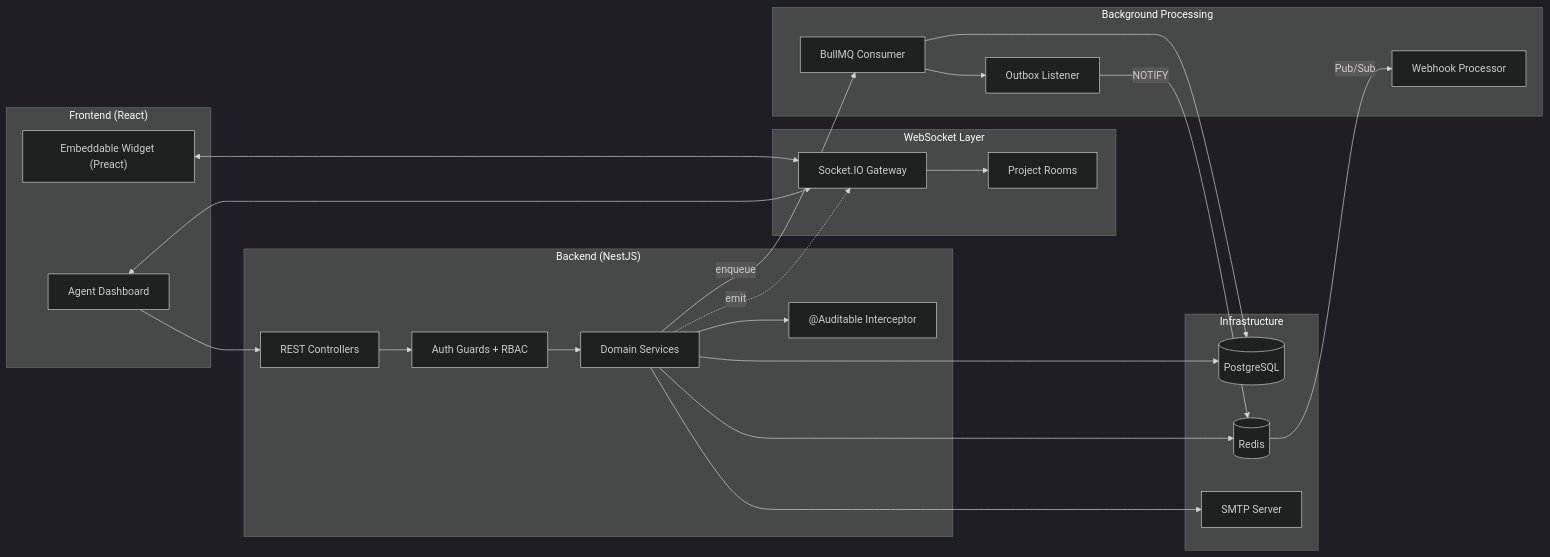
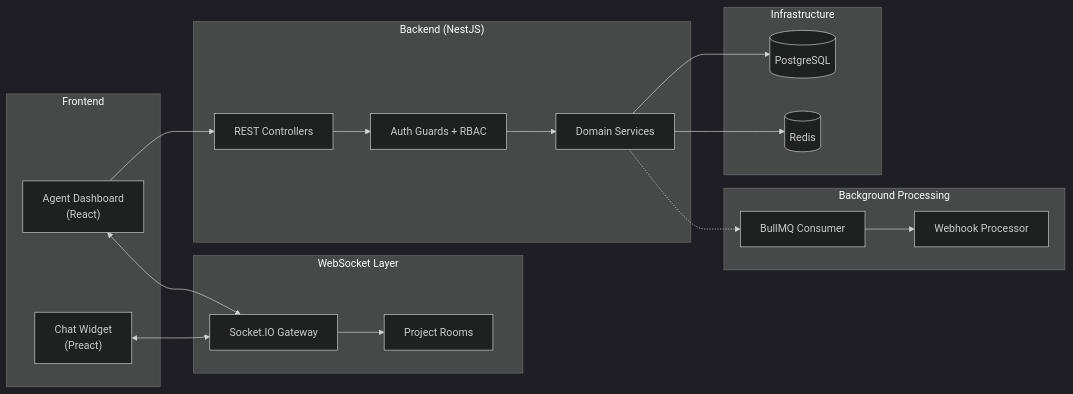
One commit to doananhhung/livechat changed the first of 6 diagrams in presentation/pages/hung.md. Above: the diagram before and after it, drawn with Mermaid (dark theme). The commit also changed other lines of this file and 2 other files, not shown here.

Commit message:
feat(presentation): update layout components for better diagram display

````diff
--- a/presentation/pages/hung.md
+++ b/presentation/pages/hung.md
@@ -7,39 +47,38 @@
 ```mermaid
 flowchart LR
- subgraph Frontend["Frontend (React)"]
-        Dashboard["Agent Dashboard"]
-        Widget["Embeddable Widget (Preact)"]
-  end
- subgraph Gateway["WebSocket Layer"]
+    subgraph Frontend["Frontend"]
+        Dashboard["Agent Dashboard<br/>(React)"]
+        Widget["Chat Widget<br/>(Preact)"]
+    end
+
+    subgraph Gateway["WebSocket Layer"]
         SIO["Socket.IO Gateway"]
         Rooms["Project Rooms"]
-  end
- subgraph Backend["Backend (NestJS)"]
+    end
+
+    subgraph Backend["Backend (NestJS)"]
         API["REST Controllers"]
         Services["Domain Services"]
         Guards["Auth Guards + RBAC"]
-        Decorators["@Auditable Interceptor"]
-  end
- subgraph Workers["Background Processing"]
+    end
+
+    subgraph Workers["Background Processing"]
         BullMQ["BullMQ Consumer"]
-        Outbox["Outbox Listener"]
         Webhooks["Webhook Processor"]
-  end
- subgraph Infrastructure["Infrastructure"]
+    end
+
+    subgraph Infra["Infrastructure"]
         PG[("PostgreSQL")]
         Redis[("Redis")]
-        SMTP["SMTP Server"]
-  end
+    end
+
     Dashboard --> API
     Dashboard <--> SIO
     Widget <--> SIO
-    API --> Guards
-    Guards --> Services
-    Services --> Decorators & PG & Redis & SMTP
+    API --> Guards --> Services
+    Services --> PG
+    Services --> Redis
     SIO --> Rooms
-    Services -. emit .-> SIO
-    Services -- enqueue --> BullMQ
-    BullMQ --> PG & Outbox
-    Outbox -- NOTIFY --> Redis
-    Redis -- Pub/Sub --> Webhooks
+    Services -.-> BullMQ
+    BullMQ --> Webhooks
 ```
````
